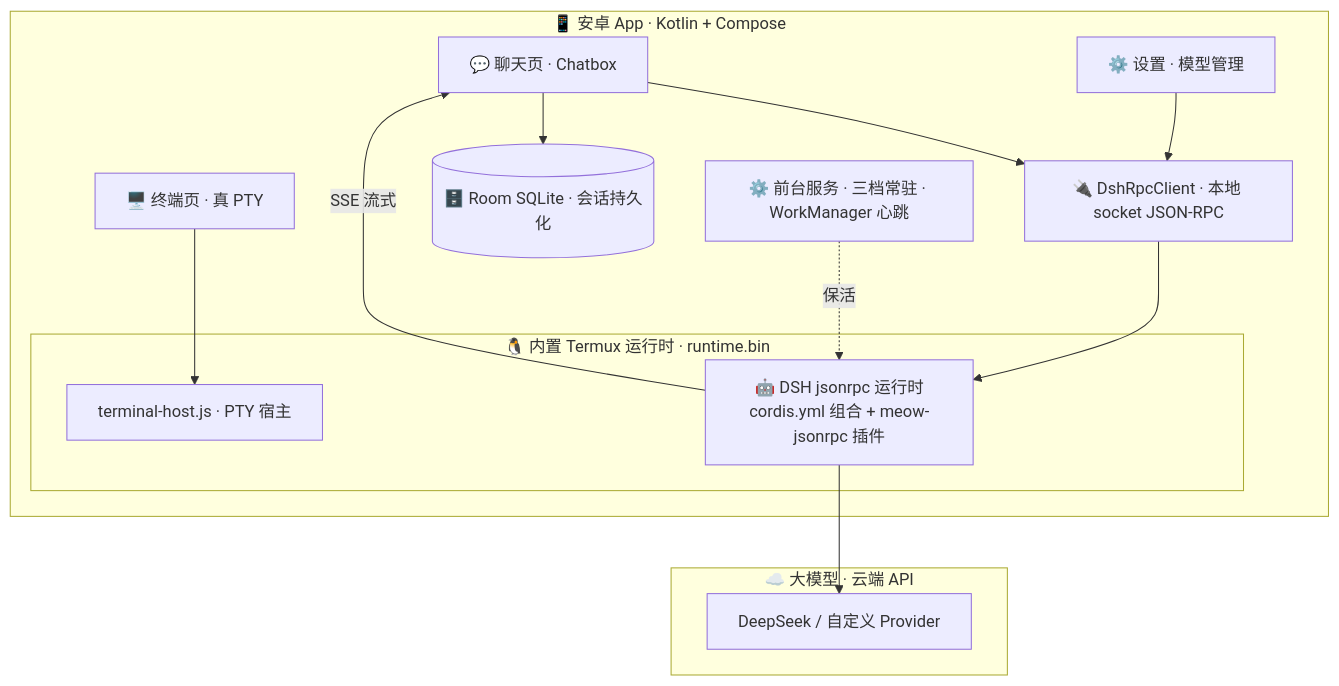
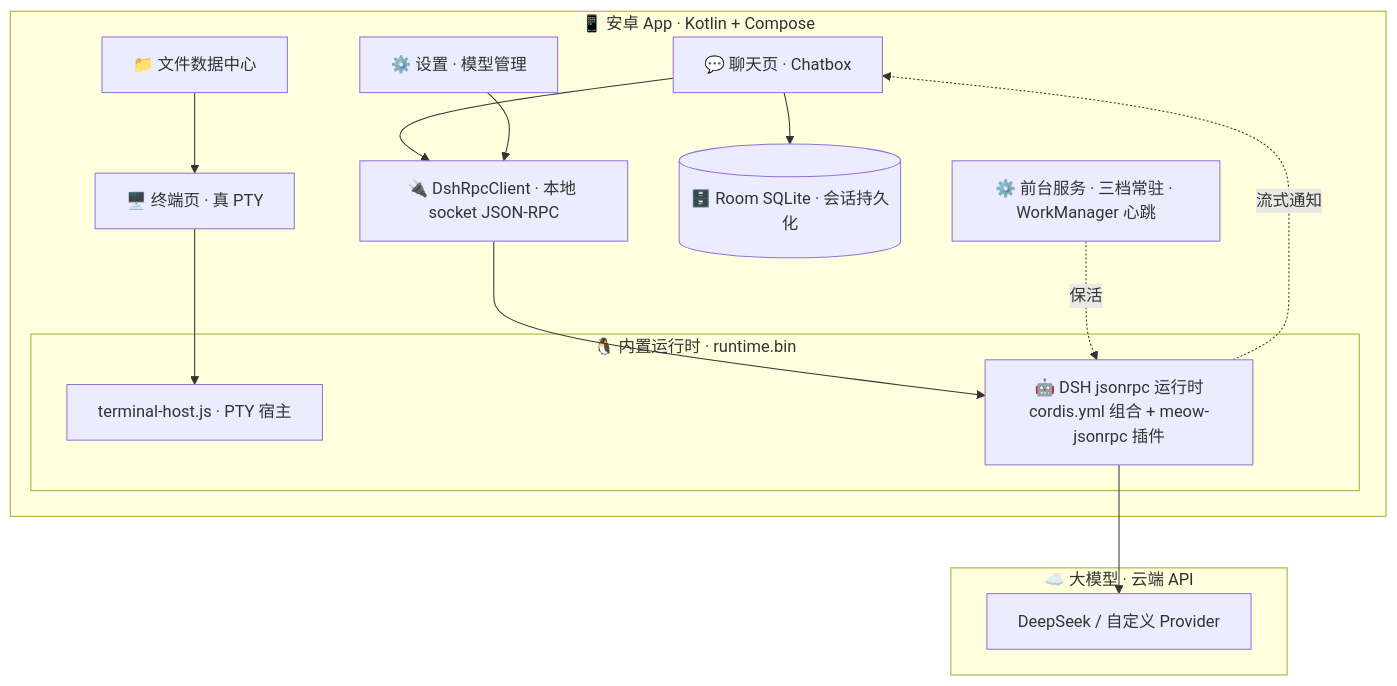
Before and after one commit to hu568/meow-academy: the diagram in README.md, drawn with Mermaid. The commit also changed other lines of this file, not shown here.

````diff
--- a/README.md
+++ b/README.md
@@ -34,28 +61,30 @@
 ```mermaid
 flowchart TD
     subgraph 安卓端["📱 安卓 App · Kotlin + Compose"]
         CHAT["💬 聊天页 · Chatbox"]
+        FILES["📁 文件数据中心"]
         TERM["🖥️ 终端页 · 真 PTY"]
         SETTINGS["⚙️ 设置 · 模型管理"]
         RPC["🔌 DshRpcClient · 本地 socket JSON-RPC"]
         ROOM[("🗄️ Room SQLite · 会话持久化")]
-        subgraph RUNTIME["🐧 内置 Termux 运行时 · runtime.bin"]
+        subgraph RUNTIME["🐧 内置运行时 · runtime.bin"]
             TERMINAL_HOST["terminal-host.js · PTY 宿主"]
             DSH["🤖 DSH jsonrpc 运行时<br/>cordis.yml 组合 + meow-jsonrpc 插件"]
         end
         FGS["⚙️ 前台服务 · 三档常驻 · WorkManager 心跳"]
         CHAT --> RPC
+        CHAT --> ROOM
         TERM --> TERMINAL_HOST
+        FILES --> TERM
         SETTINGS --> RPC
         RPC --> DSH
-        CHAT --> ROOM
-        FGS -.保活.-> DSH
+        FGS -.->|保活| DSH
     end
 
     subgraph 云端["☁️ 大模型 · 云端 API"]
         LLM["DeepSeek / 自定义 Provider"]
     end
 
-    DSH -->|SSE 流式| CHAT
     DSH --> LLM
+    DSH -.->|流式通知| CHAT
 ```
````
